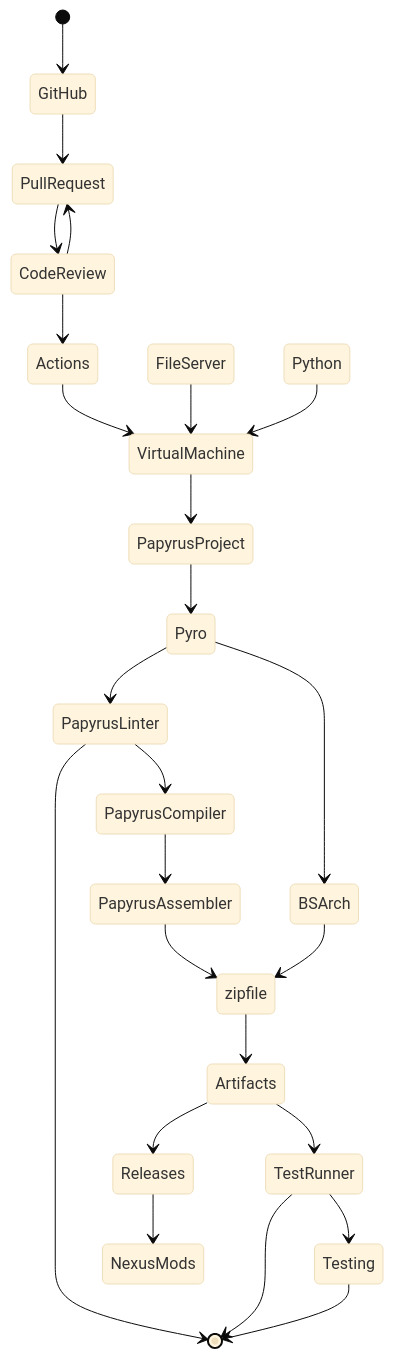
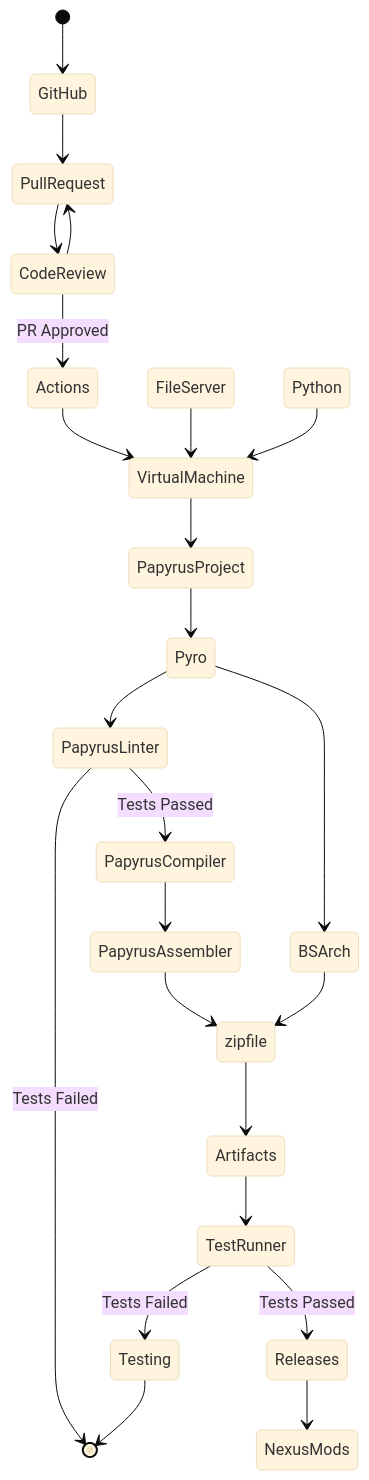
Before and after one commit to fireundubh/playwithfire: the diagram in pyro/workflows/ci-test-automation.md, drawn with Mermaid (base theme). The commit also changed other lines of this file, not shown here.

Commit message:
docs: update pyro/workflows/ci-test-automation

````diff
--- a/pyro/workflows/ci-test-automation.md
+++ b/pyro/workflows/ci-test-automation.md
@@ -22,27 +22,26 @@
 ```mermaid
 stateDiagram
   [*] --> GitHub
 	GitHub --> PullRequest
 	PullRequest --> CodeReview
 	CodeReview --> PullRequest
-	CodeReview --> Actions
+	CodeReview --> Actions: PR Approved
   Actions --> VirtualMachine
   FileServer --> VirtualMachine
   Python --> VirtualMachine
   VirtualMachine --> PapyrusProject
   PapyrusProject --> Pyro
   Pyro --> PapyrusLinter
-  PapyrusLinter --> [*]
-	PapyrusLinter --> PapyrusCompiler
+  PapyrusLinter --> [*]: Tests Failed
+	PapyrusLinter --> PapyrusCompiler: Tests Passed
   PapyrusCompiler --> PapyrusAssembler
   Pyro --> BSArch
   PapyrusAssembler --> zipfile
   BSArch --> zipfile
   zipfile --> Artifacts
   Artifacts --> TestRunner
-  TestRunner --> [*]
-  TestRunner --> Testing
+  TestRunner --> Releases: Tests Passed
+  TestRunner --> Testing: Tests Failed
   Testing --> [*]
-  Artifacts --> Releases
   Releases --> NexusMods
 ```
````
